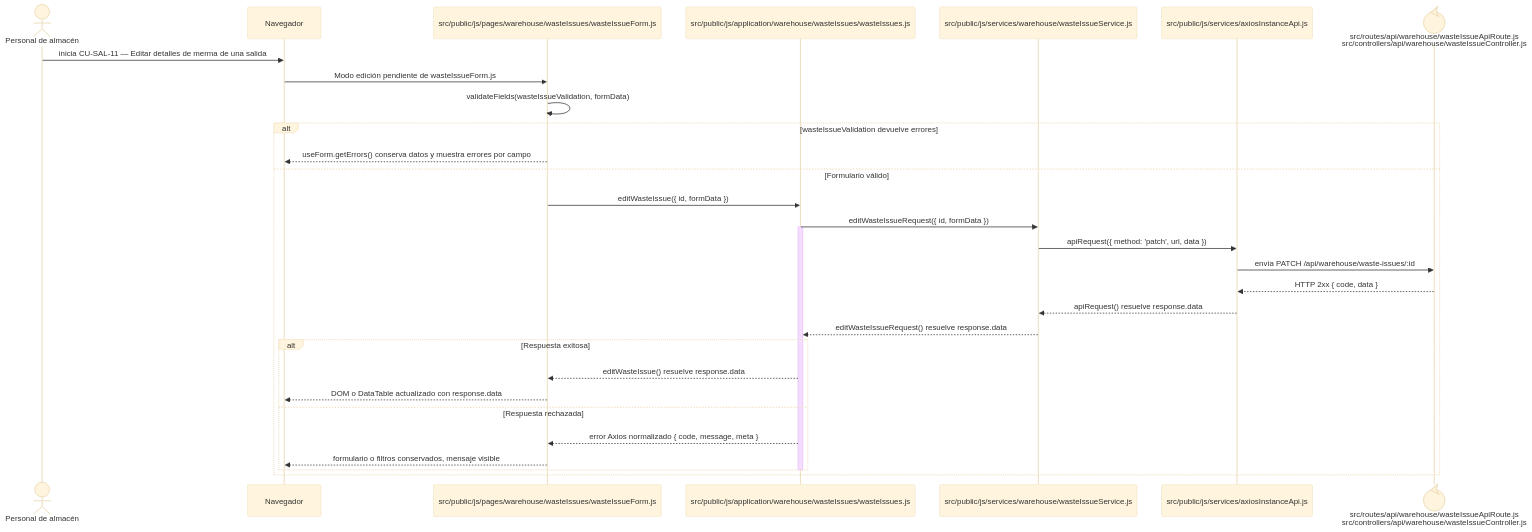
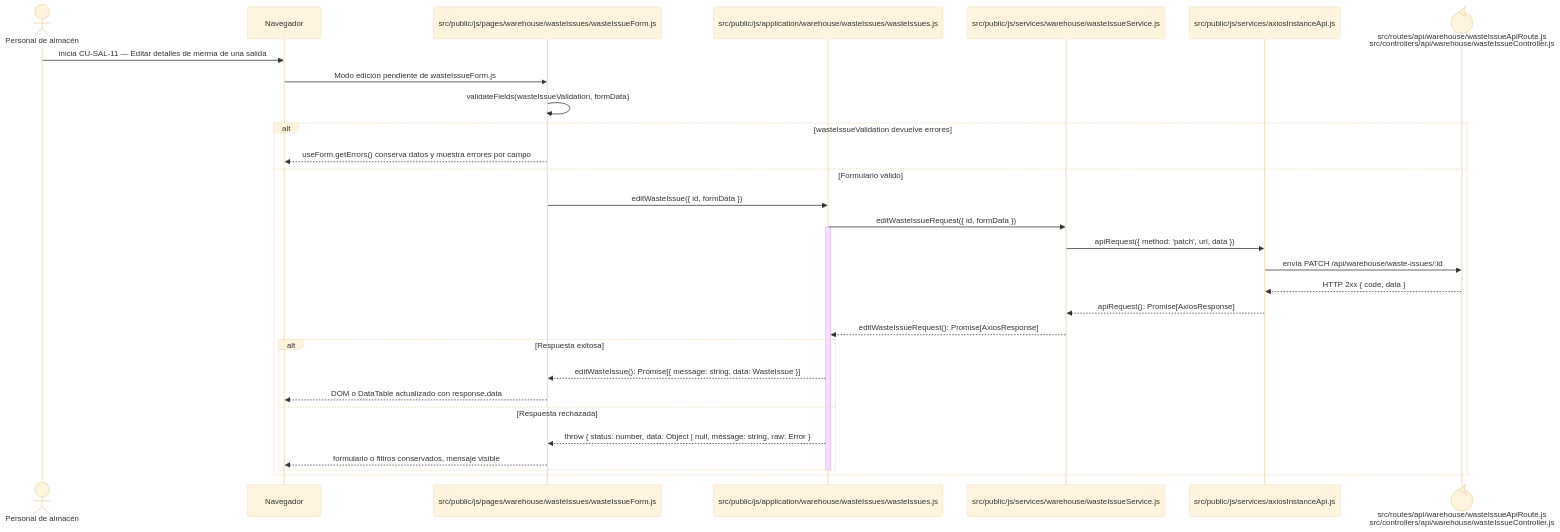
The diagram in docs/architecture/frontend-code-sequences/issues/cu-sal-11.md (gpgsistemas01/nexus), drawn with Mermaid (base theme) before and after one commit. The commit also changed 146 other files, not shown here.

````diff
--- a/docs/architecture/frontend-code-sequences/issues/cu-sal-11.md
+++ b/docs/architecture/frontend-code-sequences/issues/cu-sal-11.md
@@ -6,34 +6,34 @@
 ```mermaid
 sequenceDiagram
     actor Initiator as Personal de almacén
     participant Browser as Navegador
     participant View as src/public/js/pages/warehouse/wasteIssues/wasteIssueForm.js
     participant Application as src/public/js/application/warehouse/wasteIssues/wasteIssues.js
     participant Request as src/public/js/services/warehouse/wasteIssueService.js
     participant HTTP as src/public/js/services/axiosInstanceApi.js
     participant Transport@{ "type": "control" } as src/routes/api/warehouse/wasteIssueApiRoute.js<br/>src/controllers/api/warehouse/wasteIssueController.js
 
     Initiator->>Browser: inicia CU-SAL-11 — Editar detalles de merma de una salida
     Browser->>View: Modo edición pendiente de wasteIssueForm.js
     View->>View: validateFields(wasteIssueValidation, formData)
     alt wasteIssueValidation devuelve errores
         View-->>Browser: useForm.getErrors() conserva datos y muestra errores por campo
     else Formulario válido
         View->>Application: editWasteIssue({ id, formData })
         Application->>Request: editWasteIssueRequest({ id, formData })
         activate Application
         Request->>HTTP: apiRequest({ method: 'patch', url, data })
         HTTP->>Transport: envía PATCH /api/warehouse/waste-issues/:id
         Transport-->>HTTP: HTTP 2xx { code, data }
-        HTTP-->>Request: apiRequest() resuelve response.data
-        Request-->>Application: editWasteIssueRequest() resuelve response.data
+        HTTP-->>Request: apiRequest(): Promise[AxiosResponse]
+        Request-->>Application: editWasteIssueRequest(): Promise[AxiosResponse]
         alt Respuesta exitosa
-            Application-->>View: editWasteIssue() resuelve response.data
+            Application-->>View: editWasteIssue(): Promise[{ message: string, data: WasteIssue }]
             View-->>Browser: DOM o DataTable actualizado con response.data
         else Respuesta rechazada
-            Application-->>View: error Axios normalizado { code, message, meta }
+            Application-->>View: throw { status: number, data: Object | null, message: string, raw: Error }
             View-->>Browser: formulario o filtros conservados, mensaje visible
         end
         deactivate Application
     end
 ```
````
